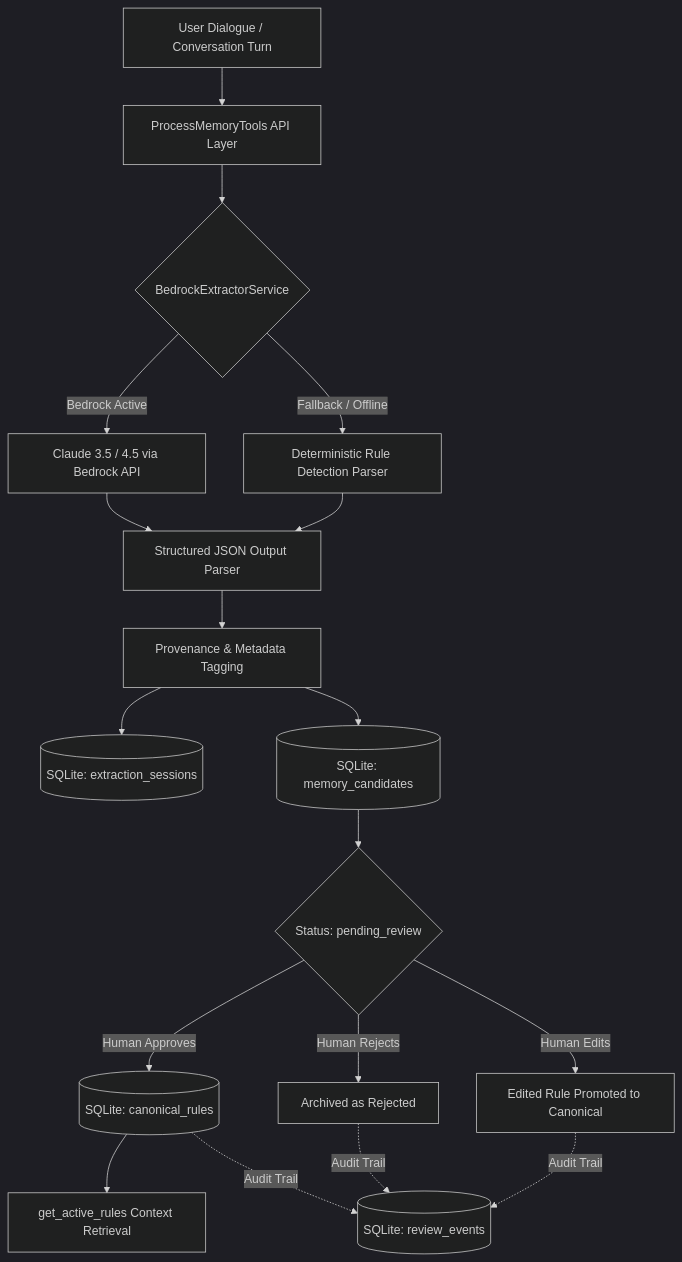
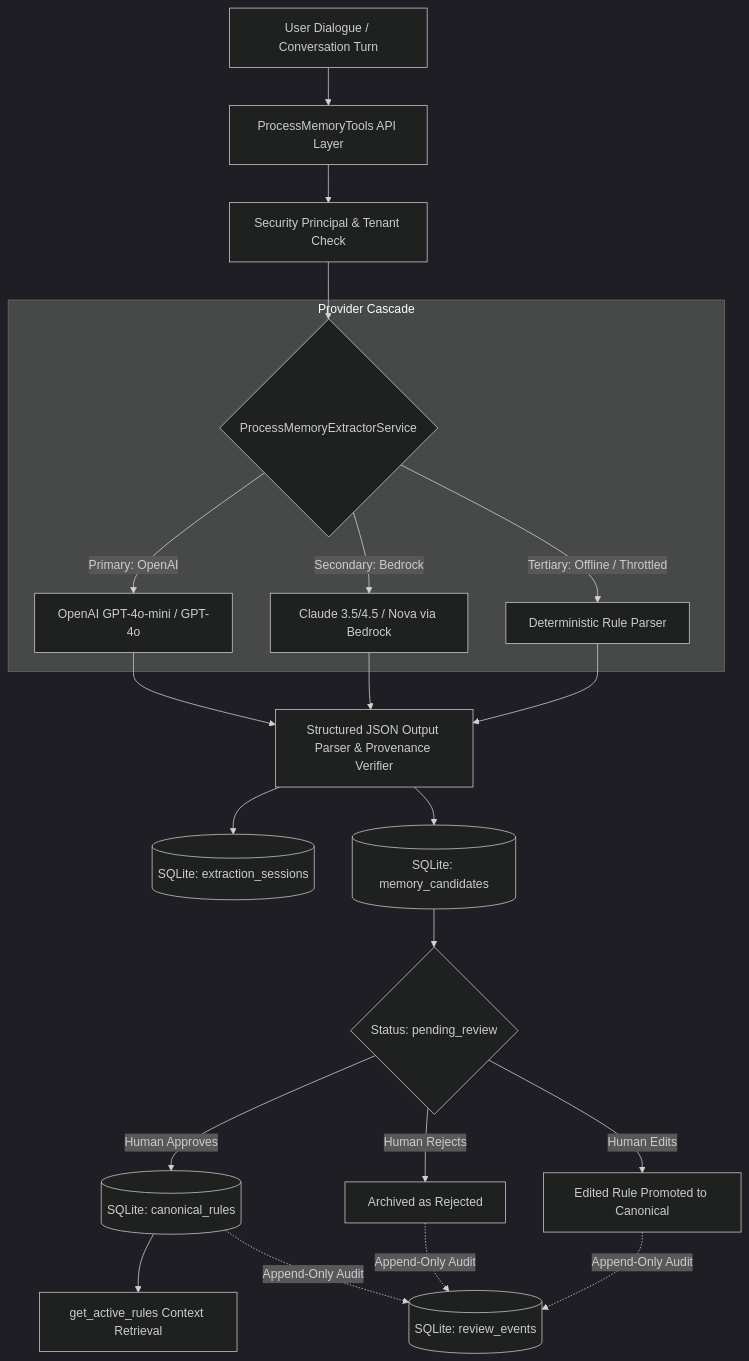
The diagram in README.md (OC-jzambrano/process-memory-gateway), drawn with Mermaid (dark theme) before and after one commit. The commit also changed other lines of this file, not shown here.

Commit message:
docs: update README with multi-provider architecture and security controls

````diff
--- a/README.md
+++ b/README.md
@@ -27,20 +31,29 @@
 ```mermaid
 flowchart TD
     A[User Dialogue / Conversation Turn] --> B[ProcessMemoryTools API Layer]
-    B --> C{BedrockExtractorService}
-    C -->|Bedrock Active| D[Claude 3.5 / 4.5 via Bedrock API]
-    C -->|Fallback / Offline| E[Deterministic Rule Detection Parser]
-    D --> F[Structured JSON Output Parser]
-    E --> F
-    F --> G[Provenance & Metadata Tagging]
-    G --> H[(SQLite: extraction_sessions)]
-    G --> I[(SQLite: memory_candidates)]
-    I --> J{Status: pending_review}
-    J -->|Human Approves| K[(SQLite: canonical_rules)]
-    J -->|Human Rejects| L[Archived as Rejected]
-    J -->|Human Edits| M[Edited Rule Promoted to Canonical]
-    K --> N[get_active_rules Context Retrieval]
-    L -.->|Audit Trail| O[(SQLite: review_events)]
-    M -.->|Audit Trail| O
-    K -.->|Audit Trail| O
+    B --> C[Security Principal & Tenant Check]
+    C --> D{ProcessMemoryExtractorService}
+    
+    subgraph "Provider Cascade"
+        D -->|Primary: OpenAI| E[OpenAI GPT-4o-mini / GPT-4o]
+        D -->|Secondary: Bedrock| F[Claude 3.5/4.5 / Nova via Bedrock]
+        D -->|Tertiary: Offline / Throttled| G[Deterministic Rule Parser]
+    end
+    
+    E --> H[Structured JSON Output Parser & Provenance Verifier]
+    F --> H
+    G --> H
+    
+    H --> I[(SQLite: extraction_sessions)]
+    H --> J[(SQLite: memory_candidates)]
+    J --> K{Status: pending_review}
+    
+    K -->|Human Approves| L[(SQLite: canonical_rules)]
+    K -->|Human Rejects| M[Archived as Rejected]
+    K -->|Human Edits| N[Edited Rule Promoted to Canonical]
+    
+    L --> O[get_active_rules Context Retrieval]
+    M -.->|Append-Only Audit| P[(SQLite: review_events)]
+    N -.->|Append-Only Audit| P
+    L -.->|Append-Only Audit| P
 ```
````
